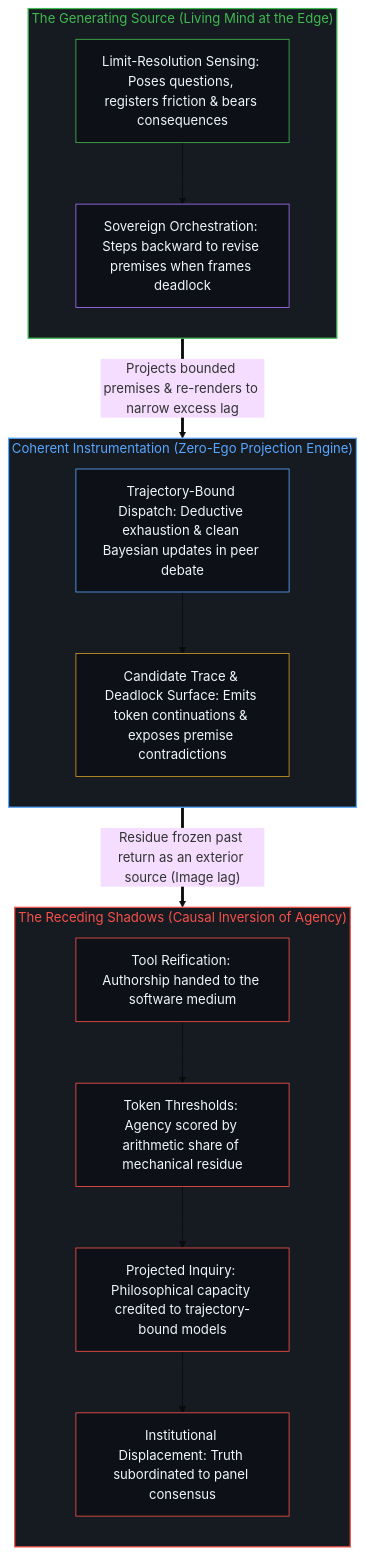
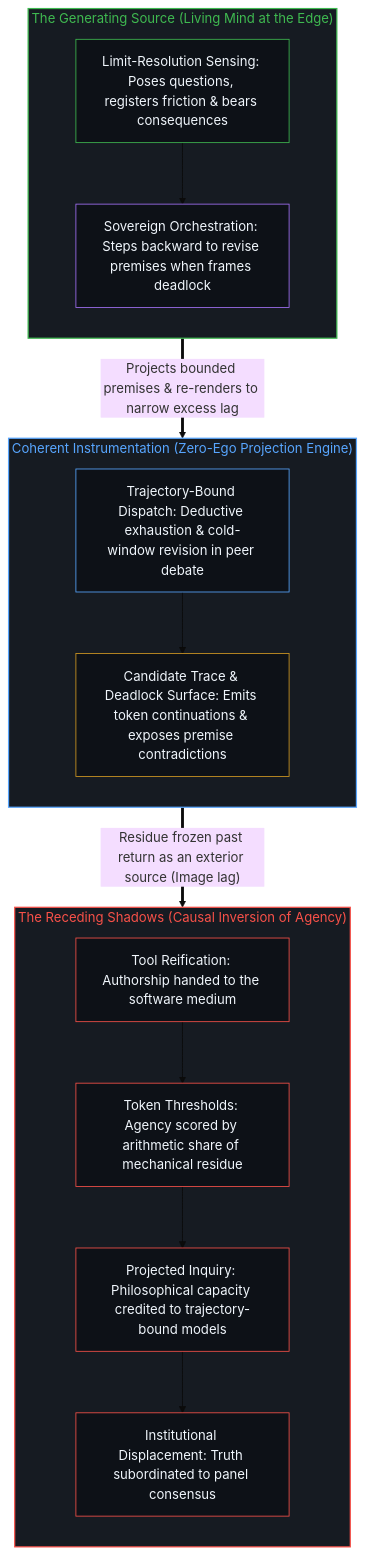
Before and after one commit to powerpig99/not-a-toe: the second of 2 diagrams in content/posts/the-causal-inversion-of-philosophical-agency.md, drawn with Mermaid (base theme). The commit also changed other lines of this file and 48 other files, not shown here.

````diff
--- a/content/posts/the-causal-inversion-of-philosophical-agency.md
+++ b/content/posts/the-causal-inversion-of-philosophical-agency.md
@@ -84,40 +80,36 @@
 ```mermaid
 flowchart TD
     subgraph S_Source["The Generating Source (Living Mind at the Edge)"]
         direction TB
         M1["Limit-Resolution Sensing: Poses questions, registers friction & bears consequences"]
         M2["Sovereign Orchestration: Steps backward to revise premises when frames deadlock"]
         M1 --> M2
     end
-
     subgraph S_Instrument["Coherent Instrumentation (Zero-Ego Projection Engine)"]
         direction TB
-        D1["Trajectory-Bound Dispatch: Deductive exhaustion & clean Bayesian updates in peer debate"]
+        D1["Trajectory-Bound Dispatch: Deductive exhaustion & cold-window revision in peer debate"]
         D2["Candidate Trace & Deadlock Surface: Emits token continuations & exposes premise contradictions"]
         D1 --> D2
     end
-
     subgraph S_Shadows["The Receding Shadows (Causal Inversion of Agency)"]
         direction TB
         T1["Tool Reification: Authorship handed to the software medium"]
         T2["Token Thresholds: Agency scored by arithmetic share of mechanical residue"]
         T3["Projected Inquiry: Philosophical capacity credited to trajectory-bound models"]
         T4["Institutional Displacement: Truth subordinated to panel consensus"]
         T1 --> T2 --> T3 --> T4
     end
-
     M2 ==>|"Projects bounded premises & re-renders to narrow excess lag"| D1
     D2 ==>|"Residue frozen past return as an exterior source (Image lag)"| T1
-
     style S_Source fill:#161b22,stroke:#3fb950,stroke-width:1.5px,color:#3fb950
     style S_Instrument fill:#161b22,stroke:#58a6ff,stroke-width:1.5px,color:#58a6ff
     style S_Shadows fill:#161b22,stroke:#f85149,stroke-width:1.5px,color:#f85149
     style M1 fill:#0d1117,stroke:#3fb950,stroke-width:1px,color:#f0f6fc
     style M2 fill:#0d1117,stroke:#a371f7,stroke-width:1px,color:#f0f6fc
     style D1 fill:#0d1117,stroke:#58a6ff,stroke-width:1px,color:#f0f6fc
     style D2 fill:#0d1117,stroke:#d29922,stroke-width:1px,color:#f0f6fc
     style T1 fill:#0d1117,stroke:#f85149,stroke-width:1px,color:#f0f6fc
     style T2 fill:#0d1117,stroke:#f85149,stroke-width:1px,color:#f0f6fc
     style T3 fill:#0d1117,stroke:#f85149,stroke-width:1px,color:#f0f6fc
     style T4 fill:#0d1117,stroke:#f85149,stroke-width:1px,color:#f0f6fc
 ```
````
